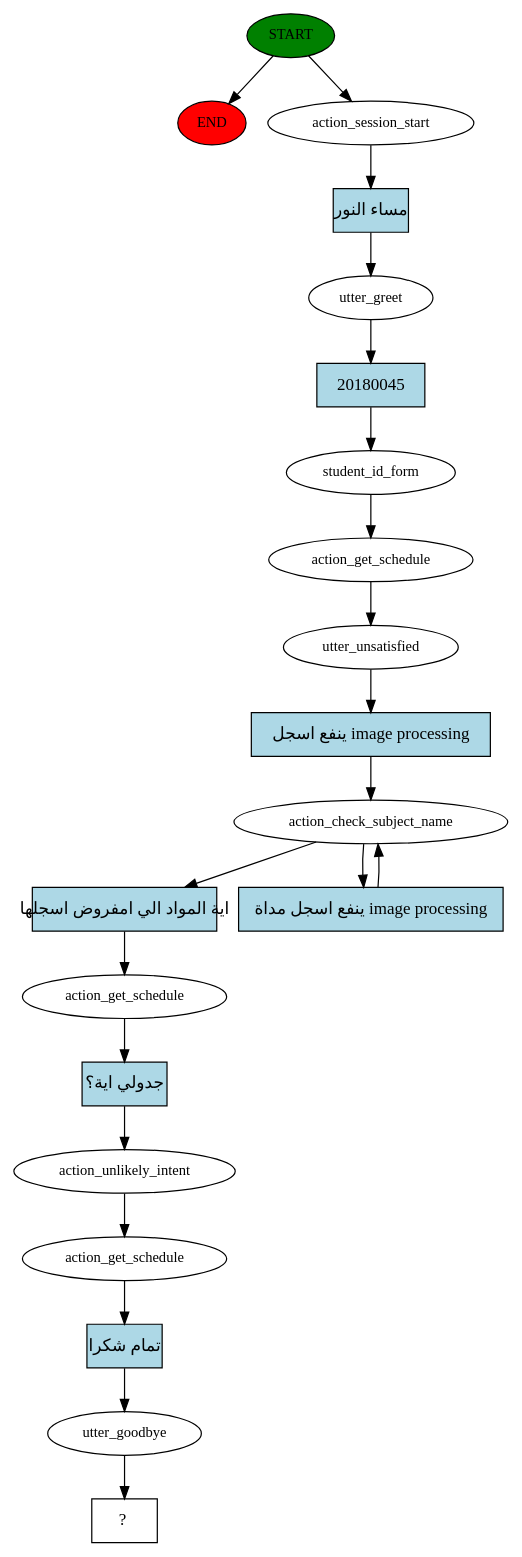
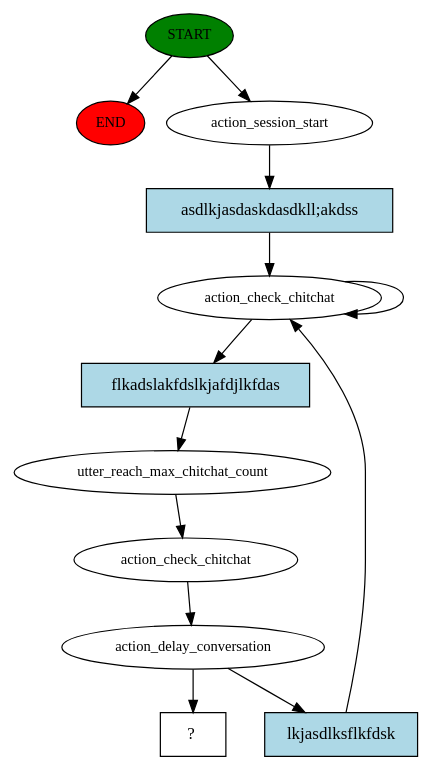
The diagram in story_graph.dot (skawy/Arabic-Conversational-Assistant), drawn with Graphviz before and after one commit. The commit also changed 4 other files, not shown here.

```diff
--- a/story_graph.dot
+++ b/story_graph.dot
@@ -1,42 +1,25 @@
 digraph  {
 0 [class="start active", fillcolor=green, fontsize=12, label=START, style=filled];
 "-1" [class=end, fillcolor=red, fontsize=12, label=END, style=filled];
 1 [class=active, fontsize=12, label=action_session_start];
-2 [class=active, fontsize=12, label=utter_greet];
-3 [class=active, fontsize=12, label=student_id_form];
-4 [class=active, fontsize=12, label=action_get_schedule];
-5 [class=active, fontsize=12, label=utter_unsatisfied];
-6 [class=active, fontsize=12, label=action_check_subject_name];
-8 [class=active, fontsize=12, label=action_get_schedule];
-9 [class=active, fontsize=12, label=action_unlikely_intent];
-10 [class=active, fontsize=12, label=action_get_schedule];
-11 [class=active, fontsize=12, label=utter_goodbye];
-12 [class="intent dashed active", label="  ?  ", shape=rect];
-13 [class="intent active", fillcolor=lightblue, label="مساء النور", shape=rect, style=filled];
-14 [class="intent active", fillcolor=lightblue, label=20180045, shape=rect, style=filled];
-15 [class="intent active", fillcolor=lightblue, label="ينفع اسجل image processing", shape=rect, style=filled];
-16 [class="intent active", fillcolor=lightblue, label="اية المواد الي امفروض اسجلها", shape=rect, style=filled];
-17 [class="intent active", fillcolor=lightblue, label="ينفع اسجل مداة image processing", shape=rect, style=filled];
-18 [class="intent active", fillcolor=lightblue, label="جدولي اية؟", shape=rect, style=filled];
-19 [class="intent active", fillcolor=lightblue, label="تمام شكرا", shape=rect, style=filled];
+2 [class=active, fontsize=12, label=action_check_chitchat];
+5 [class=active, fontsize=12, label=utter_reach_max_chitchat_count];
+6 [class=active, fontsize=12, label=action_check_chitchat];
+7 [class=active, fontsize=12, label=action_delay_conversation];
+13 [class="intent dashed active", label="  ?  ", shape=rect];
+14 [class="intent active", fillcolor=lightblue, label="asdlkjasdaskdasdkll;akdss", shape=rect, style=filled];
+15 [class="intent active", fillcolor=lightblue, label=flkadslakfdslkjafdjlkfdas, shape=rect, style=filled];
+16 [class="intent active", fillcolor=lightblue, label=lkjasdlksflkfdsk, shape=rect, style=filled];
 0 -> "-1"  [class="", key=NONE, label=""];
 0 -> 1  [class=active, key=NONE, label=""];
-1 -> 13  [class=active, key=0];
-2 -> 14  [class=active, key=0];
-3 -> 4  [class=active, key=NONE, label=""];
-4 -> 5  [class=active, key=NONE, label=""];
-5 -> 15  [class=active, key=0];
-6 -> 16  [class=active, key=0];
-6 -> 17  [class=active, key=0];
-8 -> 18  [class=active, key=0];
-9 -> 10  [class=active, key=NONE, label=""];
-10 -> 19  [class=active, key=0];
-11 -> 12  [class=active, key=NONE, label=""];
-13 -> 2  [class=active, key=0];
-14 -> 3  [class=active, key=0];
-15 -> 6  [class=active, key=0];
-16 -> 8  [class=active, key=0];
-17 -> 6  [class=active, key=0];
-18 -> 9  [class=active, key=0];
-19 -> 11  [class=active, key=0];
+1 -> 14  [class=active, key=0];
+2 -> 2  [class=active, key=NONE, label=""];
+2 -> 15  [class=active, key=0];
+5 -> 6  [class=active, key=NONE, label=""];
+6 -> 7  [class=active, key=NONE, label=""];
+7 -> 13  [class=active, key=NONE, label=""];
+7 -> 16  [class=active, key=0];
+14 -> 2  [class=active, key=0];
+15 -> 5  [class=active, key=0];
+16 -> 2  [class=active, key=0];
 }
```
